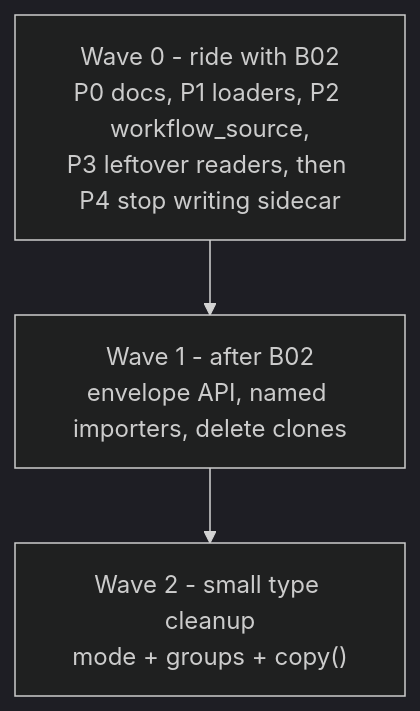
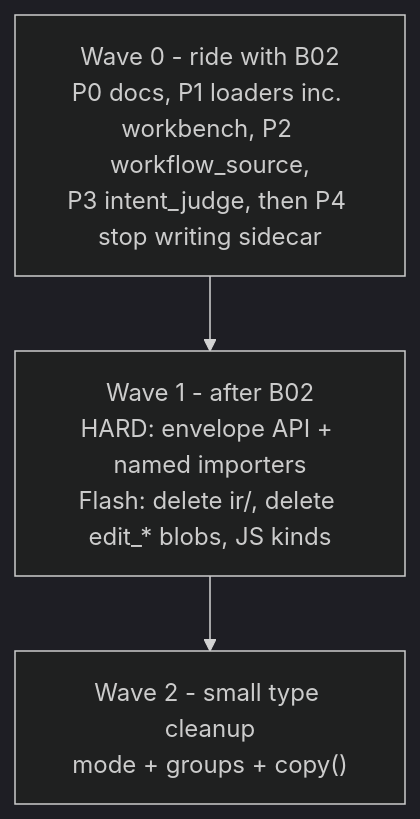
One commit to peteromallet/VibeComfy changed the third of 4 diagrams in docs/architecture/canonical-graph-elegance-plan.md. Above: the diagram before and after it, drawn with Mermaid (dark theme). The commit also changed other lines of this file, not shown here.

````diff
--- a/docs/architecture/canonical-graph-elegance-plan.md
+++ b/docs/architecture/canonical-graph-elegance-plan.md
@@ -416,7 +482,7 @@
 ```mermaid
 flowchart TD
-  W0["Wave 0 - ride with B02\nP0 docs, P1 loaders, P2 workflow_source,\nP3 leftover readers, then P4 stop writing sidecar"]
-  W1["Wave 1 - after B02\nenvelope API, named importers, delete clones"]
+  W0["Wave 0 - ride with B02\nP0 docs, P1 loaders inc. workbench, P2 workflow_source,\nP3 intent_judge, then P4 stop writing sidecar"]
+  W1["Wave 1 - after B02\nHARD: envelope API + named importers\nFlash: delete ir/, delete edit_* blobs, JS kinds"]
   W2["Wave 2 - small type cleanup\nmode + groups + copy()"]
   W0 --> W1 --> W2
 ```
````
